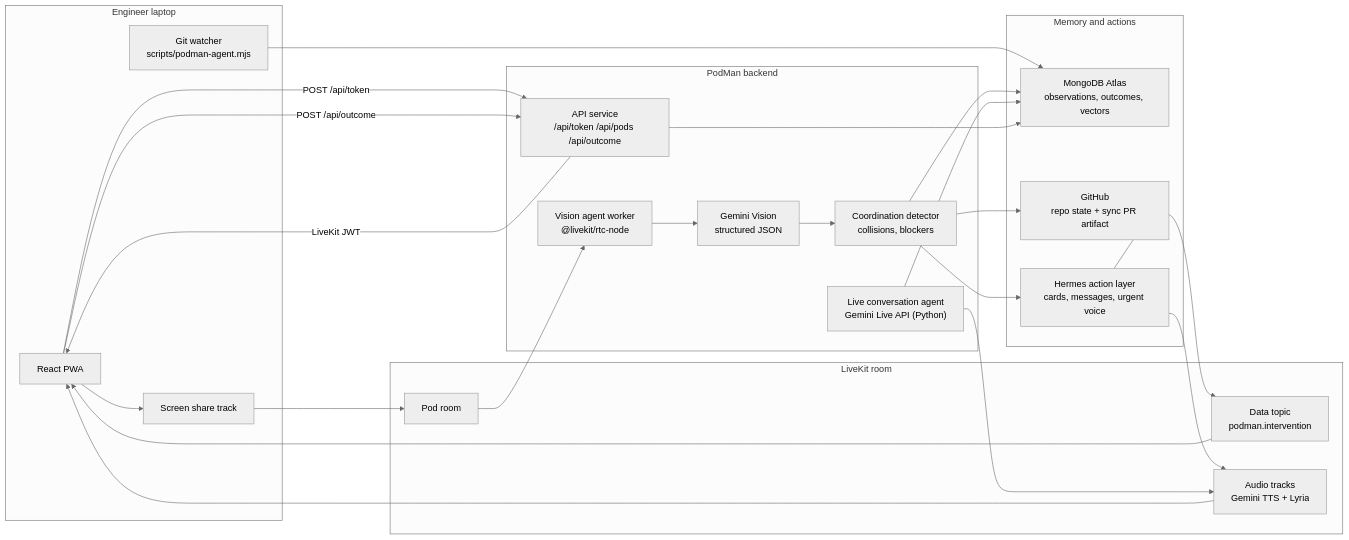
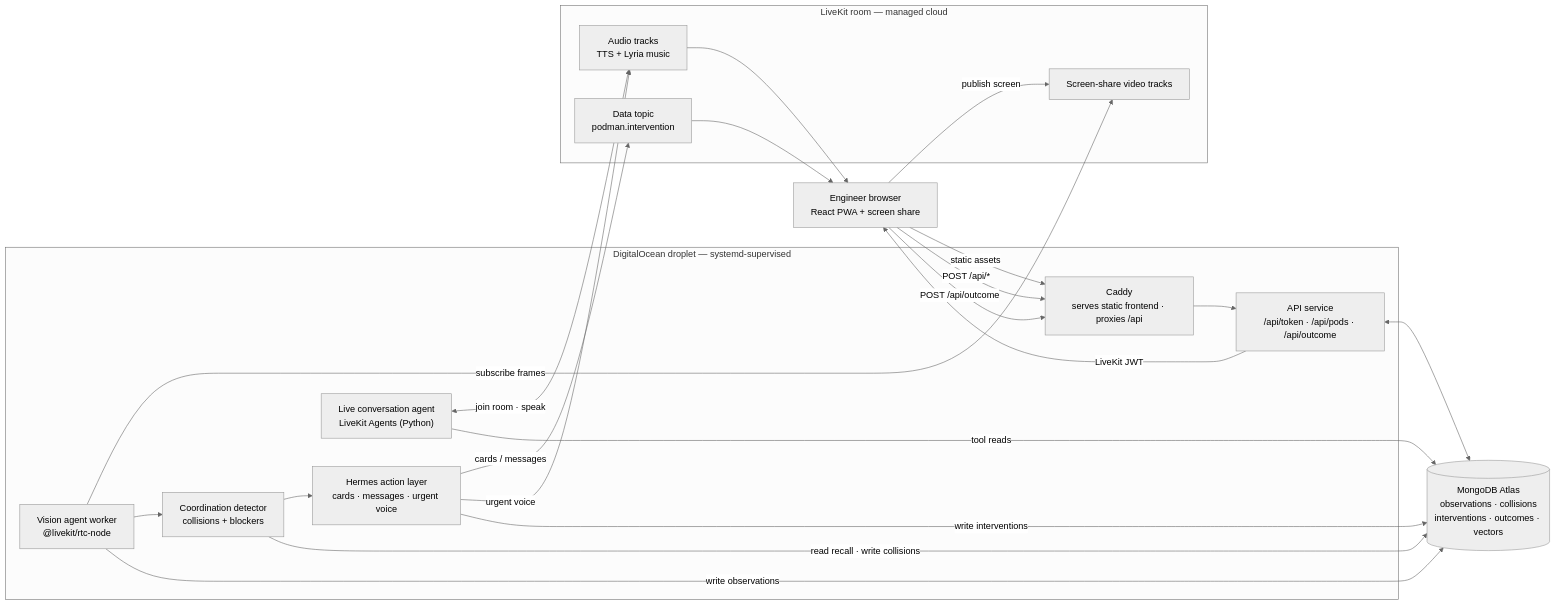
The first of 3 diagrams in README.md (karti-ai/podman), drawn with Mermaid (neutral theme) before and after one commit. The commit also changed other lines of this file, not shown here.

Commit message:
docs: split architecture graph into infra + Gemini diagrams
Replace the single all-in-one architecture flowchart with two focused
diagrams: (1) how LiveKit, Hermes, MongoDB, and DigitalOcean wire
together, and (2) Gemini's five surfaces with their triggers, models,
and call sites.

Claude-Session: https://claude.ai/code/session_01LuV8W8oNYRsDWKoqK8Mkqc

````diff
--- a/README.md
+++ b/README.md
@@ -99,48 +105,41 @@
 ```mermaid
 flowchart LR
-  subgraph Laptop["Engineer laptop"]
-    PWA["React PWA"]
-    Screen["Screen share track"]
-    Git["Git watcher<br/>scripts/podman-agent.mjs"]
+  Dev["Engineer browser<br/>React PWA + screen share"]
+
+  subgraph DO["DigitalOcean droplet — systemd-supervised"]
+    Caddy["Caddy<br/>serves static frontend · proxies /api"]
+    API["API service<br/>/api/token · /api/pods · /api/outcome"]
+    Agent["Vision agent worker<br/>@livekit/rtc-node"]
+    Detector["Coordination detector<br/>collisions + blockers"]
+    Hermes["Hermes action layer<br/>cards · messages · urgent voice"]
+    PyAgent["Live conversation agent<br/>LiveKit Agents (Python)"]
   end
 
-  subgraph Realtime["LiveKit room"]
-    Room["Pod room"]
-    Data["Data topic<br/>podman.intervention"]
-    Audio["Audio tracks<br/>Gemini TTS + Lyria"]
+  subgraph LK["LiveKit room — managed cloud"]
+    Tracks["Screen-share video tracks"]
+    DataCh["Data topic<br/>podman.intervention"]
+    AudioCh["Audio tracks<br/>TTS + Lyria music"]
   end
 
-  subgraph Backend["PodMan backend"]
-    API["API service<br/>/api/token /api/pods /api/outcome"]
-    Agent["Vision agent worker<br/>@livekit/rtc-node"]
-    Convo["Live conversation agent<br/>Gemini Live API (Python)"]
-    Vision["Gemini Vision<br/>structured JSON"]
-    Detector["Coordination detector<br/>collisions, blockers"]
-  end
+  Mongo[("MongoDB Atlas<br/>observations · collisions<br/>interventions · outcomes · vectors")]
 
-  subgraph Memory["Memory and actions"]
-    Mongo["MongoDB Atlas<br/>observations, outcomes, vectors"]
-    GitHub["GitHub<br/>repo state + sync PR artifact"]
-    Hermes["Hermes action layer<br/>cards, messages, urgent voice"]
-  end
+  Dev -->|static assets| Caddy
+  Dev -->|"POST /api/*"| Caddy --> API
+  API -->|LiveKit JWT| Dev
+  Dev -->|publish screen| Tracks
 
-  PWA -->|"POST /api/token"| API
-  API -->|"LiveKit JWT"| PWA
-  PWA --> Screen
-  Screen --> Room
-  Room --> Agent
-  Agent --> Vision
-  Vision --> Detector
-  Git --> Mongo
-  Detector --> Mongo
-  Detector --> GitHub
-  Detector --> Hermes
-  Hermes --> Data
-  Hermes --> Audio
-  Convo --> Audio
-  Convo --> Mongo
-  Data --> PWA
-  Audio --> PWA
-  PWA -->|"POST /api/outcome"| API
-  API --> Mongo
+  Agent -->|subscribe frames| Tracks
+  Agent --> Detector --> Hermes
+  Hermes -->|cards / messages| DataCh
+  Hermes -->|urgent voice| AudioCh
+  PyAgent <-->|join room · speak| AudioCh
+  DataCh --> Dev
+  AudioCh --> Dev
+  Dev -->|"POST /api/outcome"| Caddy
+
+  API <--> Mongo
+  Agent -->|write observations| Mongo
+  Detector -->|read recall · write collisions| Mongo
+  Hermes -->|write interventions| Mongo
+  PyAgent -->|tool reads| Mongo
 ```
````
